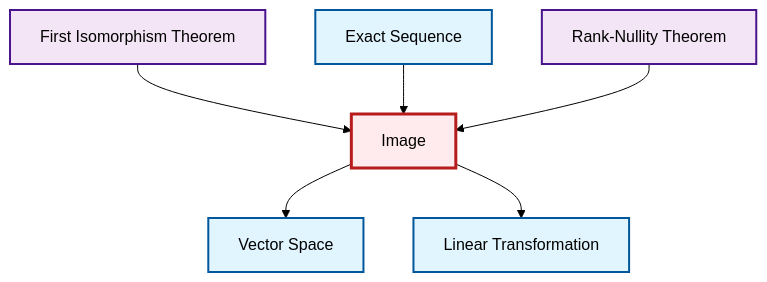
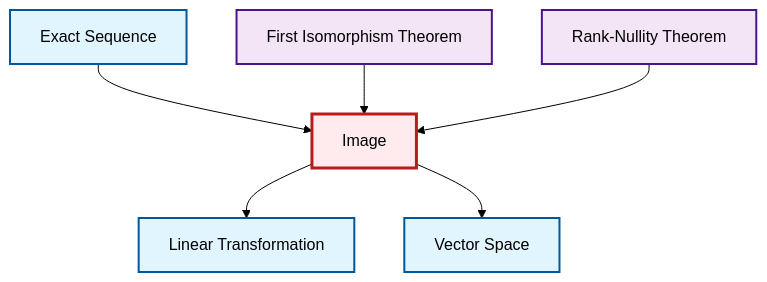
Before and after one commit to RK0429/ModernMath: the diagram in output/mermaid/en/def-image.mermaid, drawn with Mermaid (forest theme). The commit also changed other lines of this file and 3096 other files, not shown here.

```diff
--- a/output/mermaid/en/def-image.mermaid
+++ b/output/mermaid/en/def-image.mermaid
@@ -1,18 +1,18 @@
 graph TD
     classDef definition fill:#e1f5fe,stroke:#01579b,stroke-width:2px
     classDef theorem fill:#f3e5f5,stroke:#4a148c,stroke-width:2px
     classDef axiom fill:#fff3e0,stroke:#e65100,stroke-width:2px
     classDef example fill:#e8f5e9,stroke:#1b5e20,stroke-width:2px
     classDef current fill:#ffebee,stroke:#b71c1c,stroke-width:3px
-    thm-first-isomorphism["First Isomorphism Theorem"]:::theorem
-    def-exact-sequence["Exact Sequence"]:::definition
+    def-vector-space["Vector Space"]:::definition
+    def-image["Image"]:::definition
     def-linear-transformation["Linear Transformation"]:::definition
     thm-rank-nullity["Rank-Nullity Theorem"]:::theorem
-    def-image["Image"]:::definition
-    def-vector-space["Vector Space"]:::definition
+    def-exact-sequence["Exact Sequence"]:::definition
+    thm-first-isomorphism["First Isomorphism Theorem"]:::theorem
+    def-image --> def-linear-transformation
+    def-image --> def-vector-space
+    def-exact-sequence --> def-image
     thm-first-isomorphism --> def-image
-    def-image --> def-vector-space
-    def-image --> def-linear-transformation
-    def-exact-sequence --> def-image
     thm-rank-nullity --> def-image
     class def-image current
```
